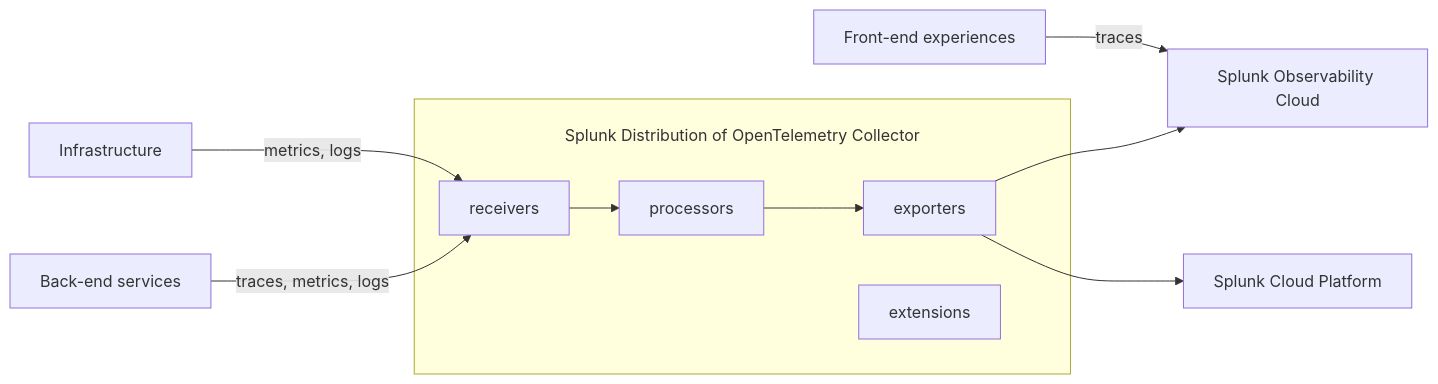
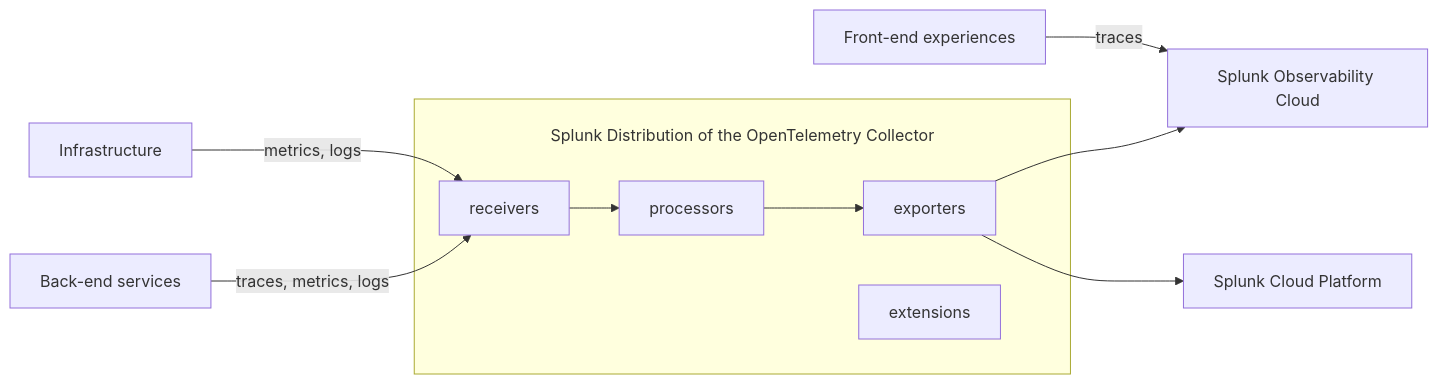
The first of 2 diagrams in gdi/opentelemetry/opentelemetry.rst (splunk/public-o11y-docs), drawn with Mermaid before and after one commit. The commit also changed other lines of this file and 5 other files, not shown here.

```diff
--- a/gdi/opentelemetry/opentelemetry.rst
+++ b/gdi/opentelemetry/opentelemetry.rst
@@ -50,23 +78,23 @@
 .. mermaid::
   
   flowchart LR
 
     accTitle: Splunk Distribution of OpenTelemetry Collector diagram.
     accDescr: The Splunk Distribution of OpenTelemetry Collector contains receivers, processors, exporters, and extensions. Receivers gather metrics and logs from infrastructure, and metrics, traces, and logs from back-end applications. Receivers send data to processors, and processors send data to exporters. Exporters send data to Splunk Observability Cloud and Splunk Cloud Platform. Front-end experiences send data directly to Splunk Observability Cloud through RUM instrumentation.
 
-    subgraph "\nSplunk Distribution of OpenTelemetry Collector"
+    subgraph "\nSplunk Distribution of the OpenTelemetry Collector"
     receivers
     processors
     exporters
     extensions
     end
 
     Infrastructure -- "metrics, logs" --> receivers
     B[Back-end services] -- "traces, metrics, logs" --> receivers
     C[Front-end experiences] -- "traces" --> S[Splunk Observability Cloud]
 
     receivers --> processors
     processors --> exporters
 
     exporters --> S[Splunk Observability Cloud]
     exporters --> P[Splunk Cloud Platform]
```
